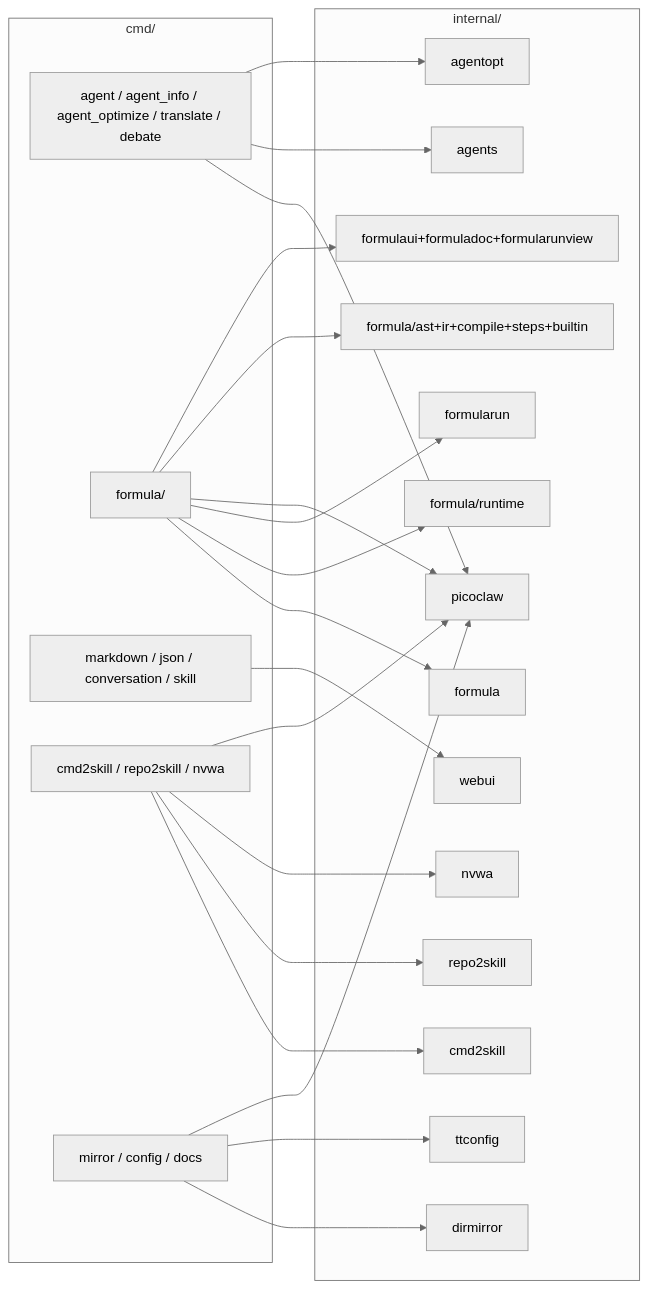
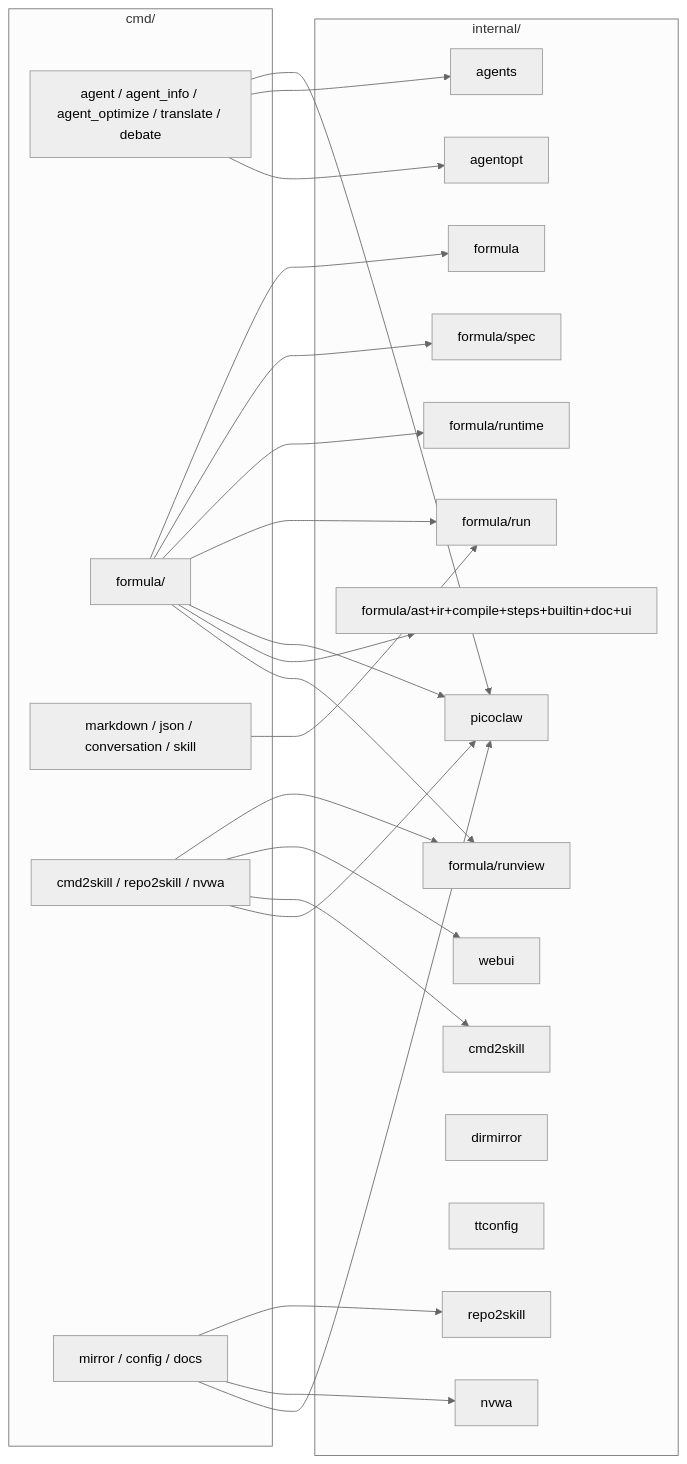
Before and after one commit to sjzsdu/tt: the first of 2 diagrams in ai-docs/module-map.md, drawn with Mermaid (neutral theme). The commit also changed other lines of this file and 65 other files, not shown here.

````diff
--- a/ai-docs/module-map.md
+++ b/ai-docs/module-map.md
@@ -16,45 +16,47 @@
 ```mermaid
 flowchart LR
     subgraph CMD[cmd/]
         C1[agent / agent_info / agent_optimize / translate / debate]
         C2[formula/]
         C3[markdown / json / conversation / skill]
         C4[cmd2skill / repo2skill / nvwa]
         C5[mirror / config / docs]
     end
 
     subgraph INT[internal/]
         I1[picoclaw]
         I2[agents]
         I3[formula]
-        I4[formula/runtime]
-        I5[formularun]
-        I6[webui]
-        I7[cmd2skill]
-        I8[repo2skill]
-        I9[nvwa]
-        I10[dirmirror]
-        I11[ttconfig]
-        I12[agentopt]
-        I13[formula/ast+ir+compile+steps+builtin]
-        I14[formulaui+formuladoc+formularunview]
+        I4[formula/spec]
+        I5[formula/runtime]
+        I6[formula/run]
+        I7[formula/runview]
+        I8[webui]
+        I9[cmd2skill]
+        I10[repo2skill]
+        I11[nvwa]
+        I12[dirmirror]
+        I13[ttconfig]
+        I14[agentopt]
+        I15[formula/ast+ir+compile+steps+builtin+doc+ui]
     end
 
     C1 --> I1
     C1 --> I2
-    C1 --> I12
+    C1 --> I14
     C2 --> I3
     C2 --> I4
     C2 --> I5
+    C2 --> I6
     C2 --> I1
-    C2 --> I13
-    C2 --> I14
+    C2 --> I15
+    C2 --> I7
     C3 --> I6
     C4 --> I7
     C4 --> I8
     C4 --> I9
     C4 --> I1
     C5 --> I10
     C5 --> I11
     C5 --> I1
 ```
````
